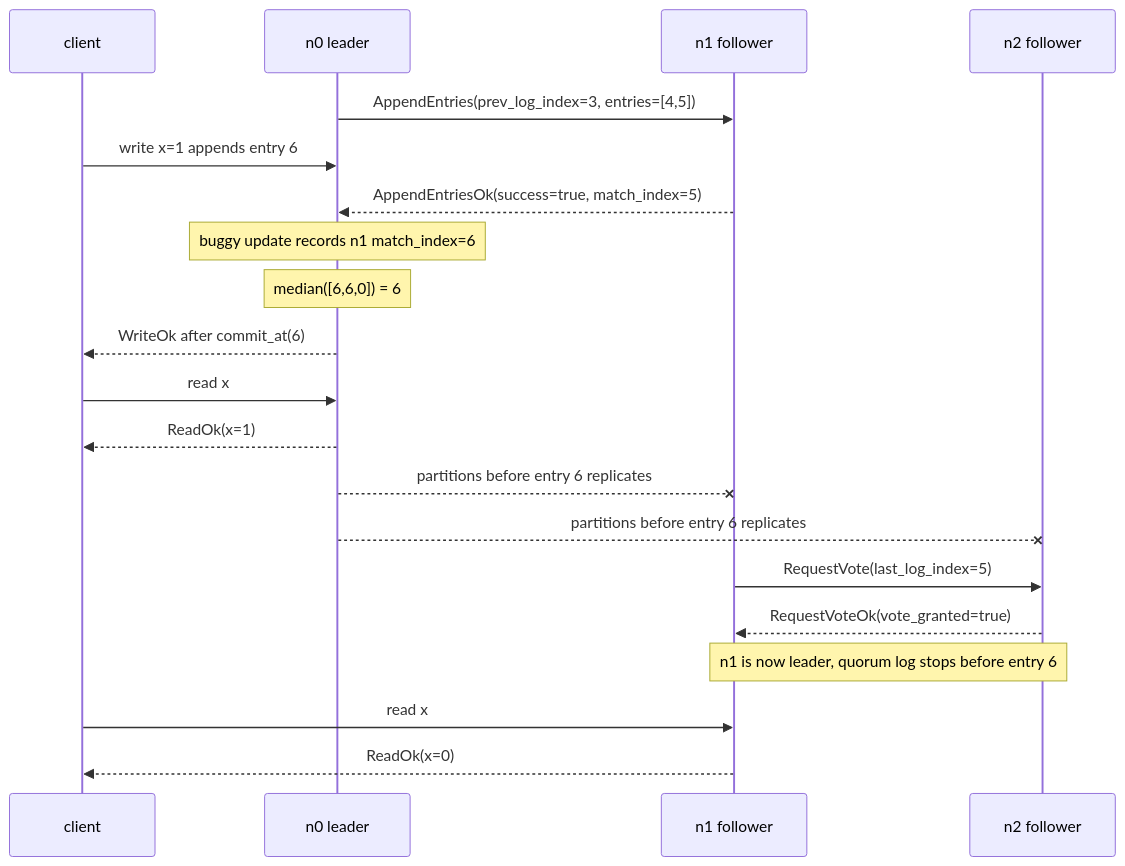
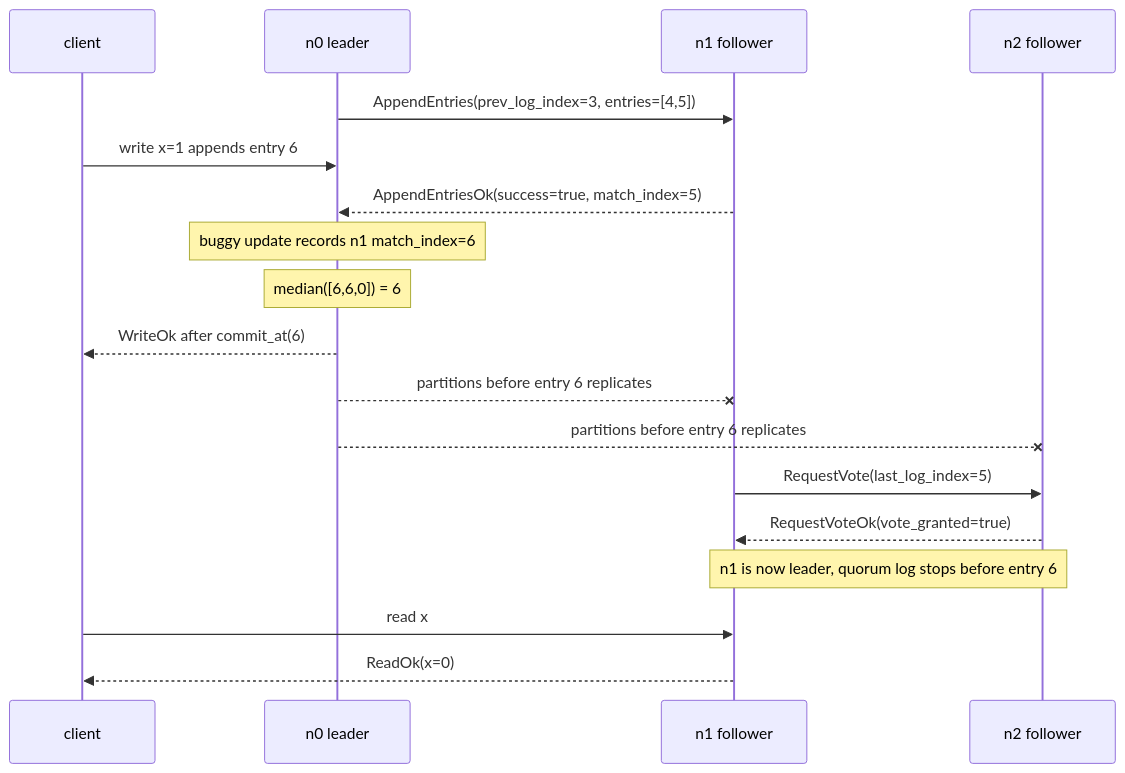
One commit to donglin-wang/broken-rafts changed the diagram in bugs/v0/replication/match_index_from_acked_range/README.md. Above: the diagram before and after it, drawn with Mermaid. The commit also changed other lines of this file and 2 other files, not shown here.

````diff
--- a/bugs/v0/replication/match_index_from_acked_range/README.md
+++ b/bugs/v0/replication/match_index_from_acked_range/README.md
@@ -71,23 +71,21 @@
 ```mermaid
 sequenceDiagram
     participant c as client
     participant n0 as n0 leader
     participant n1 as n1 follower
     participant n2 as n2 follower
 
     n0->>n1: AppendEntries(prev_log_index=3, entries=[4,5])
     c->>n0: write x=1 appends entry 6
     n1-->>n0: AppendEntriesOk(success=true, match_index=5)
     Note over n0: buggy update records n1 match_index=6
     Note over n0: median([6,6,0]) = 6
     n0-->>c: WriteOk after commit_at(6)
-    c->>n0: read x
-    n0-->>c: ReadOk(x=1)
     n0--x n1: partitions before entry 6 replicates
     n0--x n2: partitions before entry 6 replicates
     n1->>n2: RequestVote(last_log_index=5)
     n2-->>n1: RequestVoteOk(vote_granted=true)
     Note over n1,n2: n1 is now leader, quorum log stops before entry 6
     c->>n1: read x
     n1-->>c: ReadOk(x=0)
 ```
````
